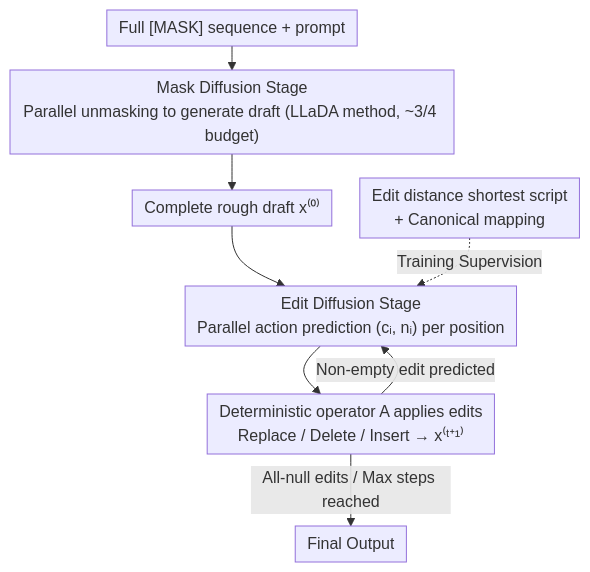
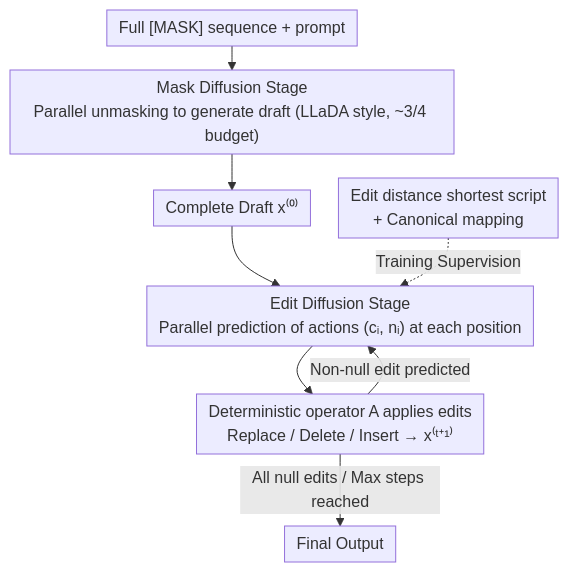
The diagram in docs/ICML2026/multilingual_mt/edit-based_refinement_for_parallel_masked_diffusion_language_models.md (zhaoyang97/Paper-Notes-en), drawn with Mermaid before and after one commit. The commit also changed other lines of this file and 5084 other files, not shown here.

````diff
--- a/docs/ICML2026/multilingual_mt/edit-based_refinement_for_parallel_masked_diffusion_language_models.md
+++ b/docs/ICML2026/multilingual_mt/edit-based_refinement_for_parallel_masked_diffusion_language_models.md
@@ -49,11 +49,11 @@
 ```mermaid
 %%{init: {'flowchart': {'rankSpacing': 24, 'nodeSpacing': 28, 'padding': 6, 'wrappingWidth': 420}}}%%
 flowchart TD
-    A["Full [MASK] sequence + prompt"] --> B["Mask Diffusion Stage<br/>Parallel unmasking to generate draft (LLaDA method, ~3/4 budget)"]
-    B --> C["Complete rough draft x⁽⁰⁾"]
-    C --> D["Edit Diffusion Stage<br/>Parallel action prediction (cᵢ, nᵢ) per position"]
+    A["Full [MASK] sequence + prompt"] --> B["Mask Diffusion Stage<br/>Parallel unmasking to generate draft (LLaDA style, ~3/4 budget)"]
+    B --> C["Complete Draft x⁽⁰⁾"]
+    C --> D["Edit Diffusion Stage<br/>Parallel prediction of actions (cᵢ, nᵢ) at each position"]
     D --> E["Deterministic operator A applies edits<br/>Replace / Delete / Insert → x⁽ᵗ⁺¹⁾"]
-    E -->|Non-empty edit predicted| D
-    E -->|All-null edits / Max steps reached| F["Final Output"]
+    E -->|Non-null edit predicted| D
+    E -->|All null edits / Max steps reached| F["Final Output"]
     G["Edit distance shortest script<br/>+ Canonical mapping"] -.Training Supervision.-> D
 ```
````
